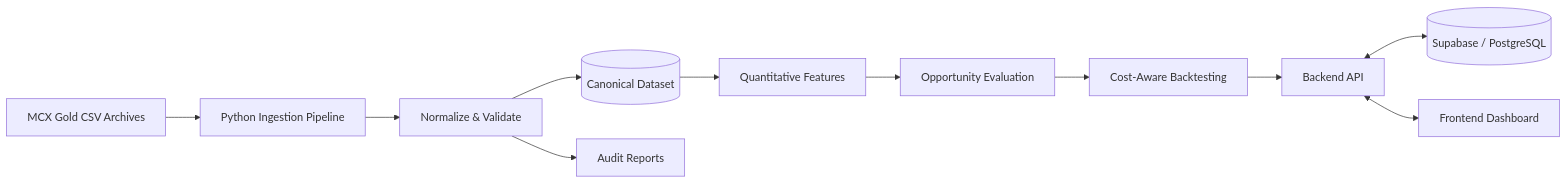
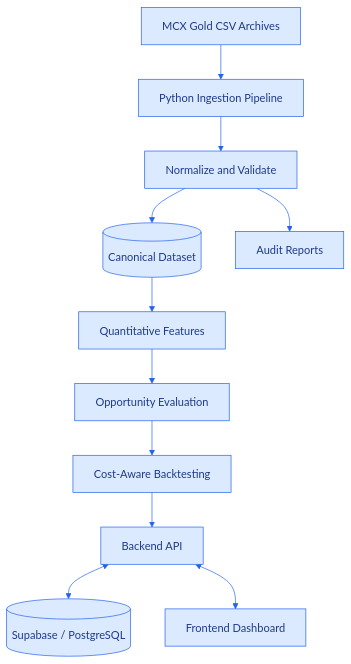
Before and after one commit to nitin25J/SwarnaNet: the first of 3 diagrams in README.md, drawn with Mermaid. The commit also changed other lines of this file, not shown here.

````diff
--- a/README.md
+++ b/README.md
@@ -18,13 +20,14 @@
 ```mermaid
-flowchart LR
+%%{init: {"theme":"base","themeVariables":{"background":"#ffffff","primaryColor":"#dbeafe","primaryTextColor":"#1e3a8a","primaryBorderColor":"#2563eb","lineColor":"#2563eb","secondaryColor":"#bfdbfe","secondaryTextColor":"#1e40af","secondaryBorderColor":"#3b82f6","tertiaryColor":"#eff6ff","tertiaryTextColor":"#1e3a8a","tertiaryBorderColor":"#60a5fa","edgeLabelBackground":"#eff6ff","clusterBkg":"#eff6ff","clusterBorder":"#2563eb"}}}%%
+flowchart TD
     A[MCX Gold CSV Archives] --> B[Python Ingestion Pipeline]
-    B --> C[Normalize & Validate]
+    B --> C[Normalize and Validate]
     C --> D[(Canonical Dataset)]
     C --> E[Audit Reports]
     D --> F[Quantitative Features]
     F --> G[Opportunity Evaluation]
     G --> H[Cost-Aware Backtesting]
     H --> I[Backend API]
     I <--> J[(Supabase / PostgreSQL)]
     I <--> K[Frontend Dashboard]
 ```
````
